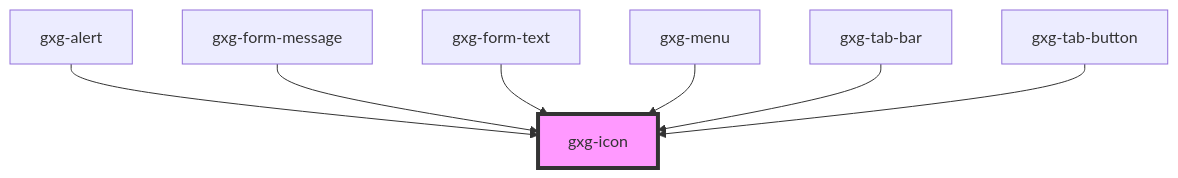
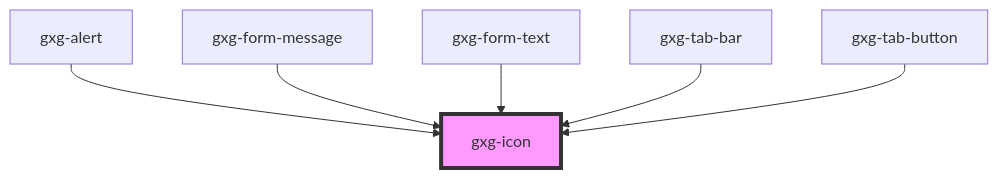
Before and after one commit to genexuslabs/gemini: the diagram in src/components/icon/readme.md, drawn with Mermaid. The commit also changed other lines of this file and 42 other files, not shown here.

````diff
--- a/src/components/icon/readme.md
+++ b/src/components/icon/readme.md
@@ -35,10 +34,9 @@
 ```mermaid
 graph TD;
   gxg-alert --> gxg-icon
   gxg-form-message --> gxg-icon
   gxg-form-text --> gxg-icon
-  gxg-menu --> gxg-icon
   gxg-tab-bar --> gxg-icon
   gxg-tab-button --> gxg-icon
   style gxg-icon fill:#f9f,stroke:#333,stroke-width:4px
 ```
````
